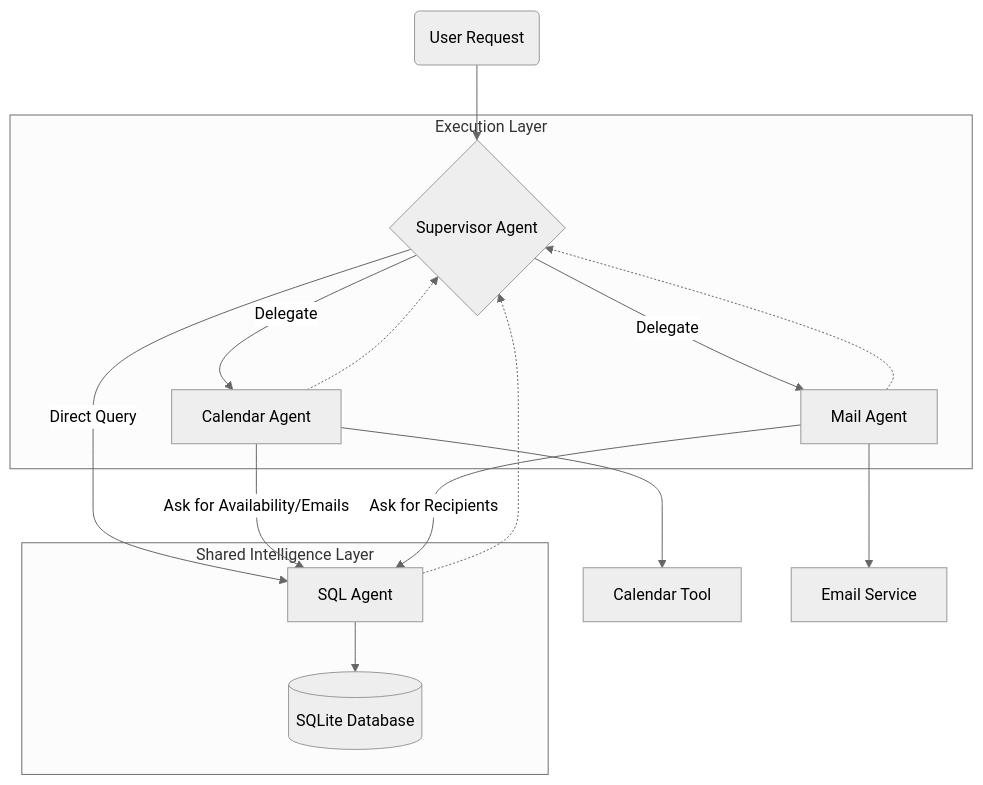
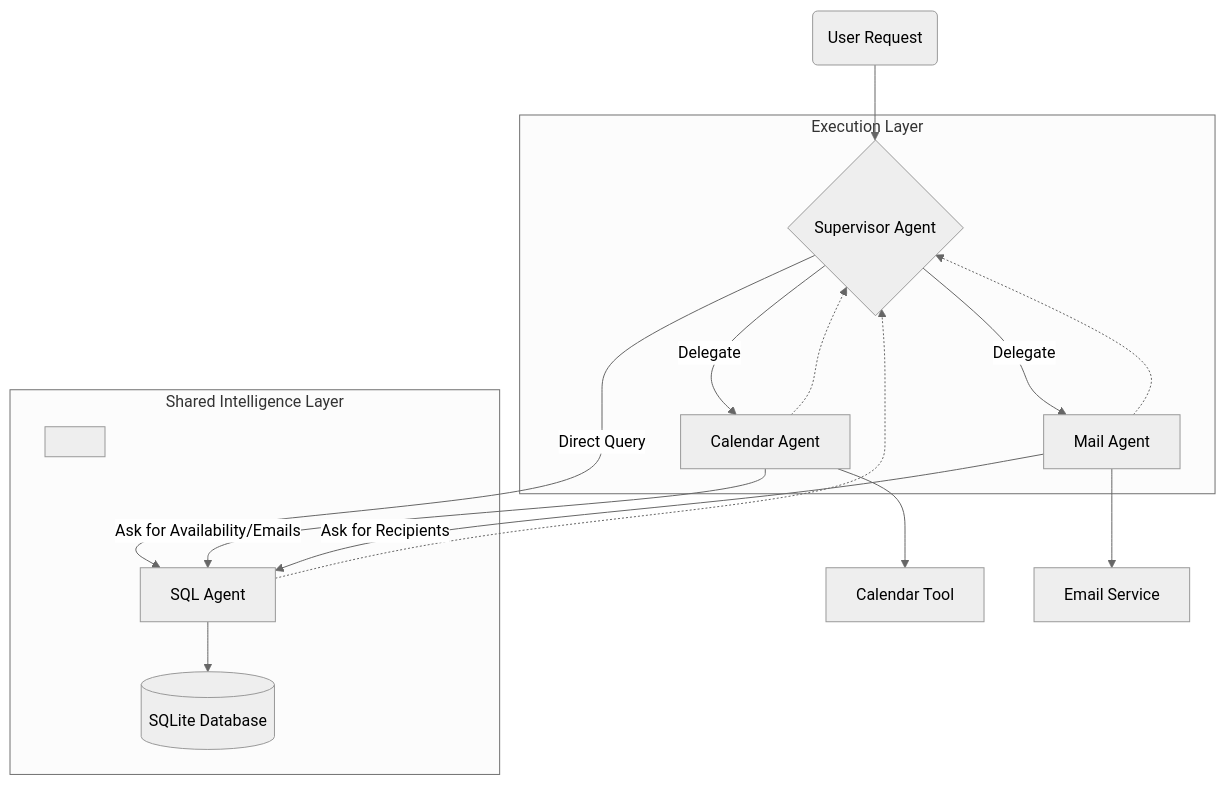
The diagram in README.md (danielecelsa/mail-calendar-assistant), drawn with Mermaid (neutral theme) before and after one commit.

Commit message:
Readme graph bkp

````diff
--- a/README.md
+++ b/README.md
@@ -45,31 +45,35 @@
 ```mermaid
 graph TD
     User(User Request) --> Supervisor{Supervisor Agent}
     
     subgraph "Execution Layer"
         Supervisor -- "Delegate" --> Cal[Calendar Agent]
         Supervisor -- "Delegate" --> Mail[Mail Agent]
     end
     
     subgraph "Shared Intelligence Layer"
+        %% 1. This invisible node pushes the content down
+        Spacer[ ] 
+        %% 2. Invisible link to SQL Agent
+        Spacer ~~~ SQL
         SQL[SQL Agent]
         DB[(SQLite Database)]
         SQL --> DB
     end
     
     %% The Supervisor can call SQL directly
     Supervisor -- "Direct Query" --> SQL
     
     %% The CRITICAL part: Workers calling the SQL Agent
     Cal -- "Ask for Availability/Emails" --> SQL
     Mail -- "Ask for Recipients" --> SQL
     
     %% Tools
     Cal --> GCal[Calendar Tool]
     Mail --> SMTP[Email Service]
     
     %% Returns
     Cal -.-> Supervisor
     Mail -.-> Supervisor
     SQL -.-> Supervisor
 ```
````
